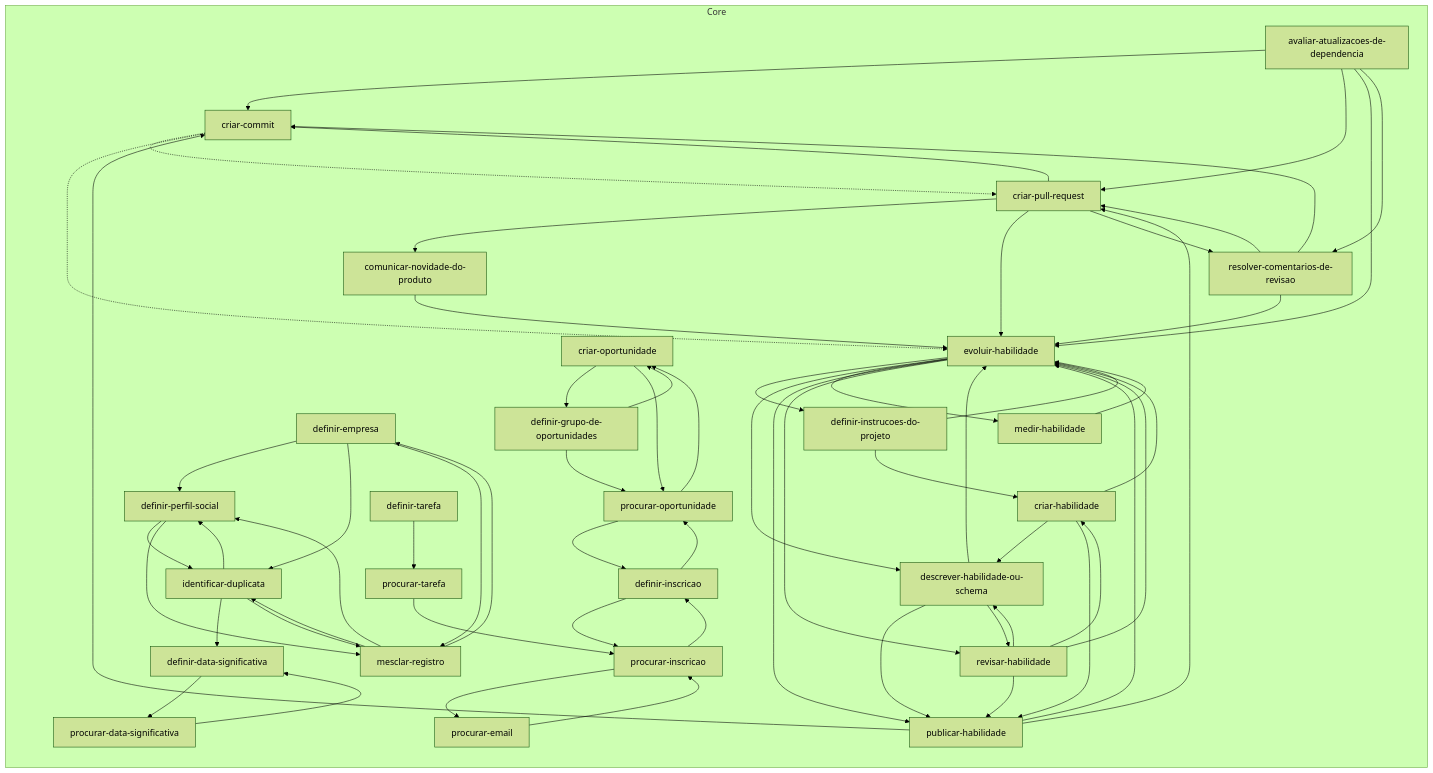
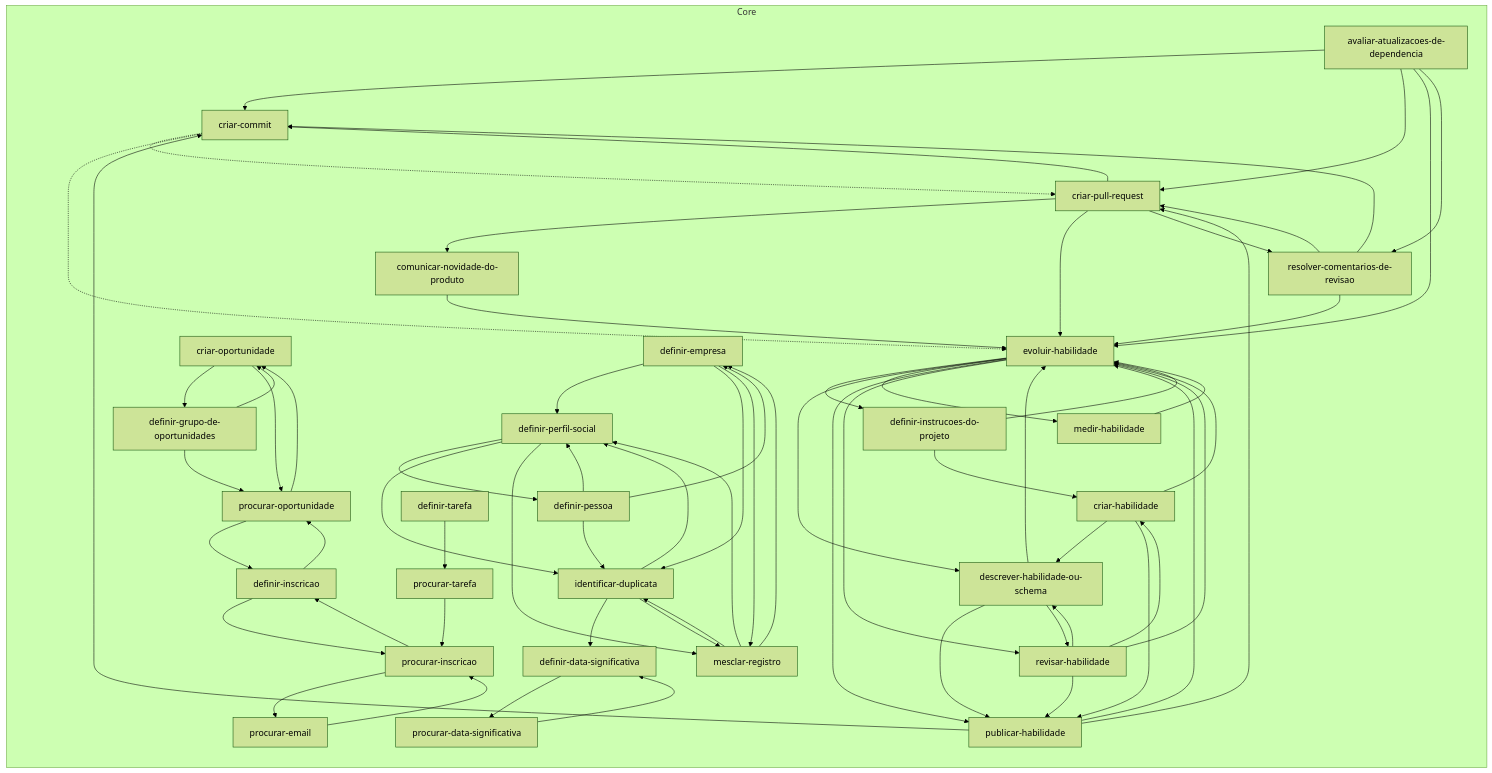
Before and after one commit to jimmyandrade/harness: the diagram in .agents/skills/README.md, drawn with Mermaid (forest theme). The commit also changed 4 other files, not shown here.

First line of the commit message:
feat(definir-pessoa): move the skill to the core

```diff
--- a/.agents/skills/README.md
+++ b/.agents/skills/README.md
@@ -23,6 +23,7 @@
     definir_inscricao["definir-inscricao"]
     definir_instrucoes_do_projeto["definir-instrucoes-do-projeto"]
     definir_perfil_social["definir-perfil-social"]
+    definir_pessoa["definir-pessoa"]
     definir_tarefa["definir-tarefa"]
     descrever_habilidade_ou_schema["descrever-habilidade-ou-schema"]
     evoluir_habilidade["evoluir-habilidade"]
@@ -64,8 +65,12 @@
   definir_inscricao --> procurar_oportunidade
   definir_instrucoes_do_projeto --> criar_habilidade
   definir_instrucoes_do_projeto --> evoluir_habilidade
+  definir_perfil_social --> definir_pessoa
   definir_perfil_social --> identificar_duplicata
   definir_perfil_social --> mesclar_registro
+  definir_pessoa --> definir_empresa
+  definir_pessoa --> definir_perfil_social
+  definir_pessoa --> identificar_duplicata
   definir_tarefa --> procurar_tarefa
   descrever_habilidade_ou_schema --> evoluir_habilidade
   descrever_habilidade_ou_schema --> publicar_habilidade
```
